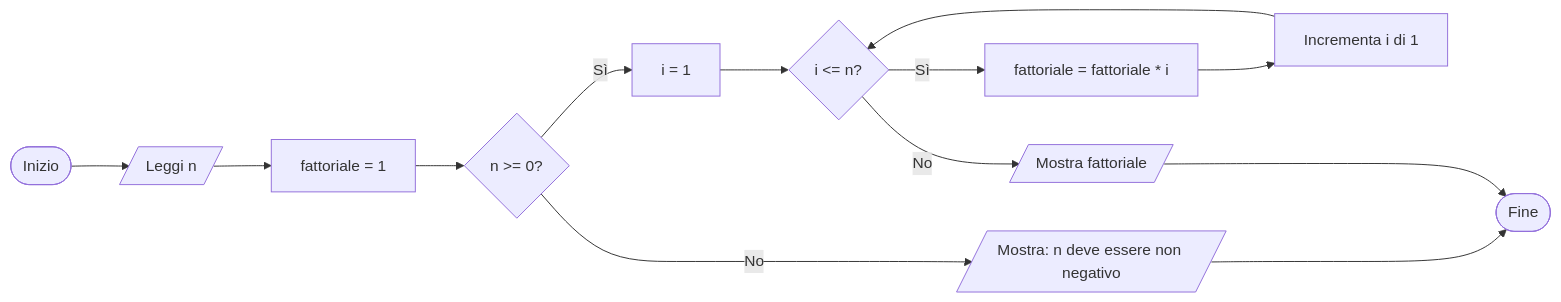
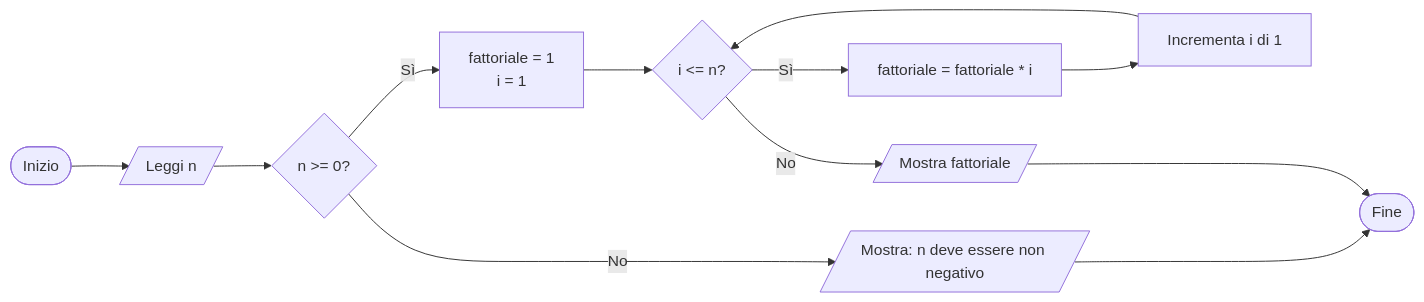
One commit to gdegani/its-programmazione changed the ninth of 10 diagrams in pages/lezione_01.md. Above: the diagram before and after it, drawn with Mermaid. The commit also changed other lines of this file and 2 other files, not shown here.

````diff
--- a/pages/lezione_01.md
+++ b/pages/lezione_01.md
@@ -775,15 +443,14 @@
 ```mermaid {scale: 0.5, alt: 'A diagram'}
 flowchart LR
     Start([Inizio]) --> InputNum[/Leggi n/]
-    InputNum --> Initialize[fattoriale = 1]
-    Initialize --> Check{n >= 0?}
+    InputNum --> Check{n >= 0?}
     Check -- No --> Error[/Mostra: n deve essere non negativo/]
     Error ---> End([Fine])
-    Check -- Sì --> LoopStart[i = 1]
-    LoopStart --> LoopCheck{i <= n?}
+    Check -- Sì --> Initialize[fattoriale = 1<br>i = 1]
+    Initialize --> LoopCheck{i <= n?}
     LoopCheck -- Sì --> Multiply[fattoriale = fattoriale * i]
     Multiply --> Increment[Incrementa i di 1]
     Increment --> LoopCheck
     LoopCheck -- No --> OutputResult[/Mostra fattoriale/]
     OutputResult ---> End([Fine])
 ```
````
